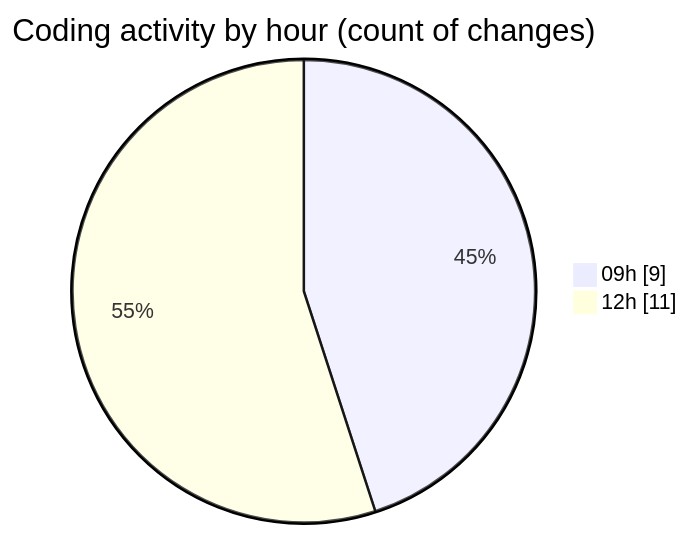
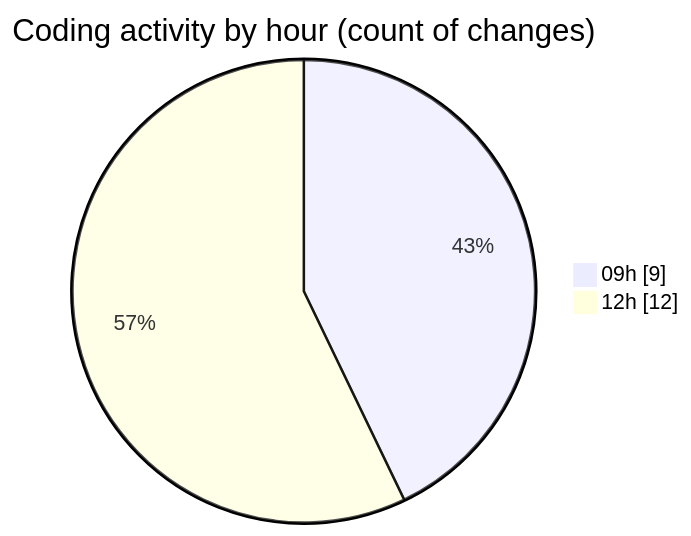
One commit to LanceThiago/code-tracking changed the second of 2 diagrams in 2026-09-14/web/README.md. Above: the diagram before and after it, drawn with Mermaid. The commit also changed other lines of this file and 1 other file, not shown here.

````diff
--- a/2026-09-14/web/README.md
+++ b/2026-09-14/web/README.md
@@ -29,6 +30,6 @@
 ```mermaid
 pie showData
 title Coding activity by hour (count of changes)
 "09h" : 9
-"12h" : 11
+"12h" : 12
 ```
````
